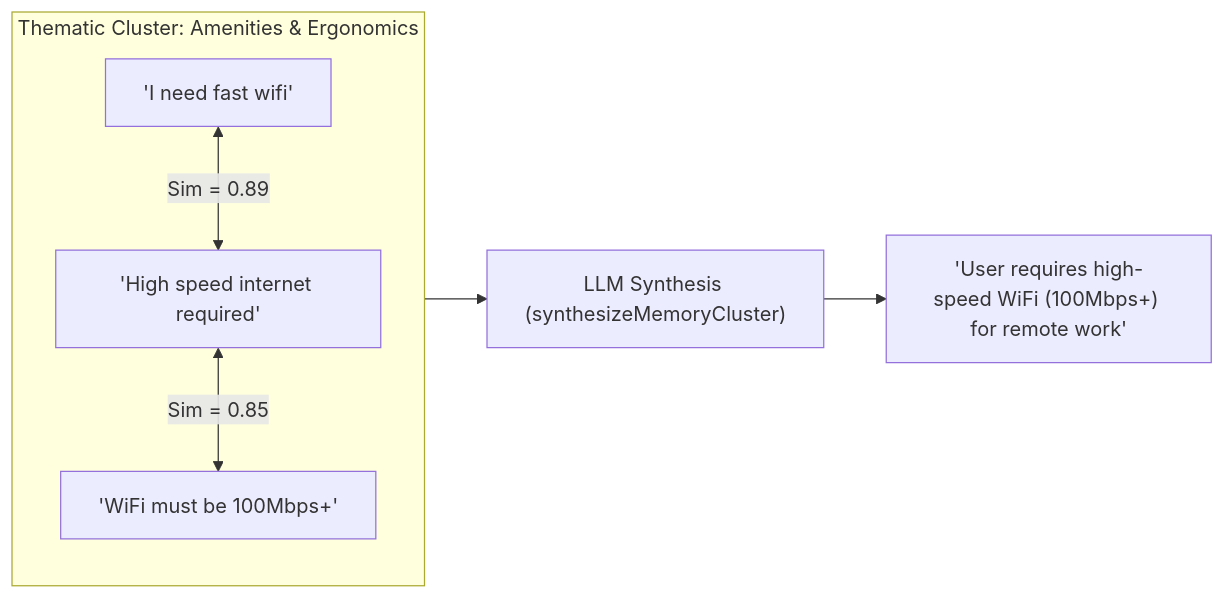
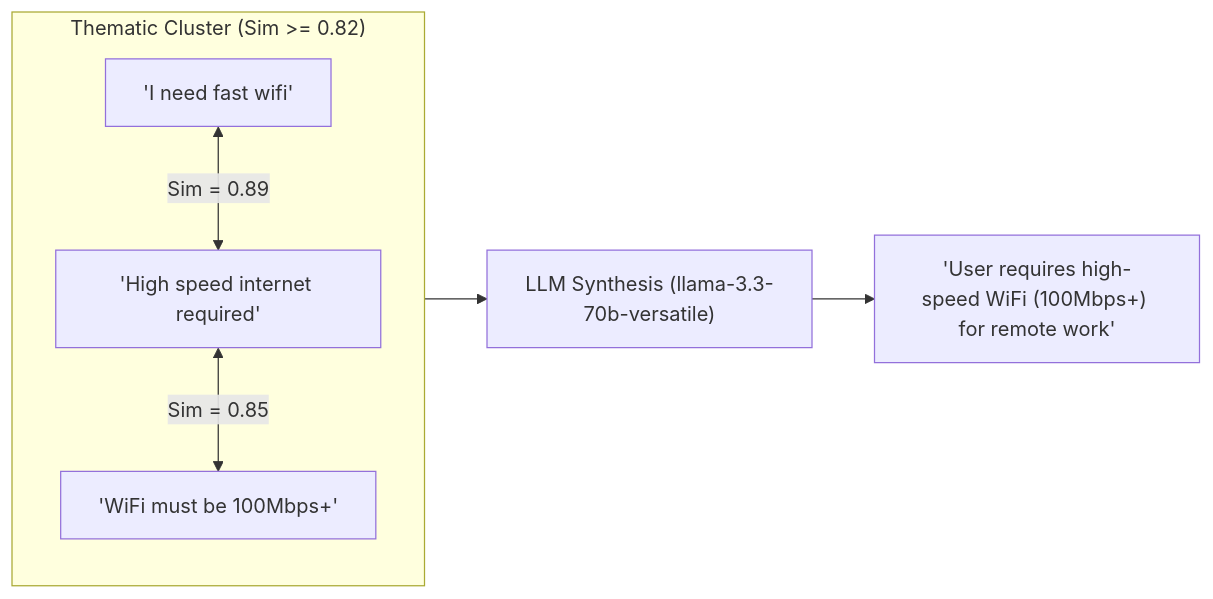
Before and after one commit to Aakif-Kohari/WorkSphere: the second of 3 diagrams in docs/ai/memory-agent-pipeline.md, drawn with Mermaid. The commit also changed other lines of this file and 1 other file, not shown here.

````diff
--- a/docs/ai/memory-agent-pipeline.md
+++ b/docs/ai/memory-agent-pipeline.md
@@ -80,9 +145,9 @@
 ```mermaid
 flowchart LR
-    subgraph Cluster ["Thematic Cluster: Amenities & Ergonomics"]
+    subgraph Cluster ["Thematic Cluster (Sim >= 0.82)"]
         M1["'I need fast wifi'"] <-->|Sim = 0.89| M2["'High speed internet required'"]
         M2 <-->|Sim = 0.85| M3["'WiFi must be 100Mbps+'"]
     end
-    Cluster --> Synth["LLM Synthesis (synthesizeMemoryCluster)"]
-    Synth --> Result["'User requires high-speed WiFi (100Mbps+) for remote work'"]
+    Cluster --> Synth["LLM Synthesis (llama-3.3-70b-versatile)"]
+    Synth --> Compacted["'User requires high-speed WiFi (100Mbps+) for remote work'"]
 ```
````
